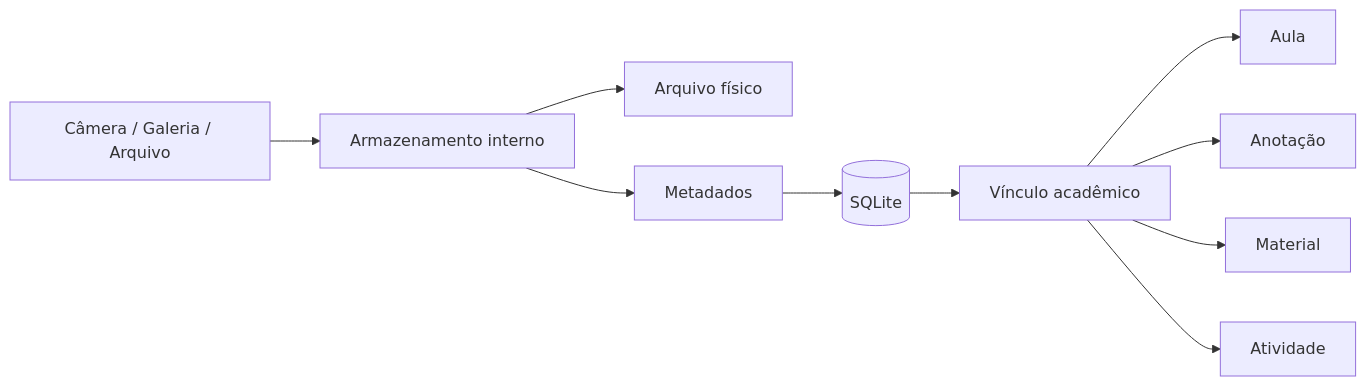
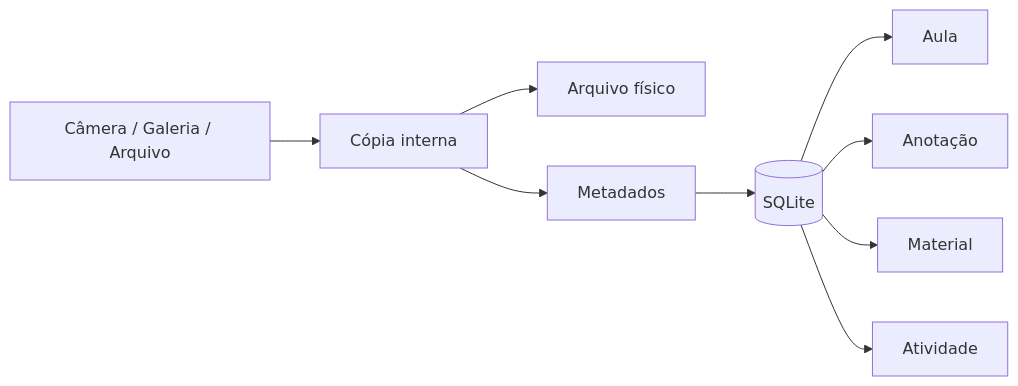
The second of 3 diagrams in README.md (VictorAms12/academia-flow), drawn with Mermaid before and after one commit. The commit also changed other lines of this file, not shown here.

````diff
--- a/README.md
+++ b/README.md
@@ -218,12 +176,11 @@
 ```mermaid
 flowchart LR
-    PICKER[Câmera / Galeria / Arquivo] --> STORE[Armazenamento interno]
-    STORE --> FILE[Arquivo físico]
-    STORE --> META[Metadados]
+    INPUT[Câmera / Galeria / Arquivo] --> COPY[Cópia interna]
+    COPY --> FILE[Arquivo físico]
+    COPY --> META[Metadados]
     META --> DB[(SQLite)]
-    DB --> LINK[Vínculo acadêmico]
-    LINK --> CLASS[Aula]
-    LINK --> NOTE[Anotação]
-    LINK --> MATERIAL[Material]
-    LINK --> TASK[Atividade]
+    DB --> CLASS[Aula]
+    DB --> NOTE[Anotação]
+    DB --> MATERIAL[Material]
+    DB --> TASK[Atividade]
 ```
````
